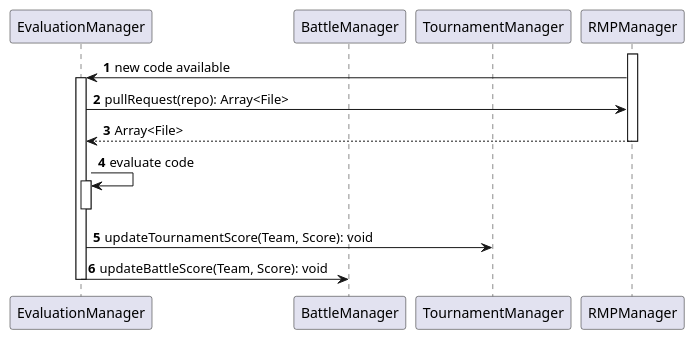
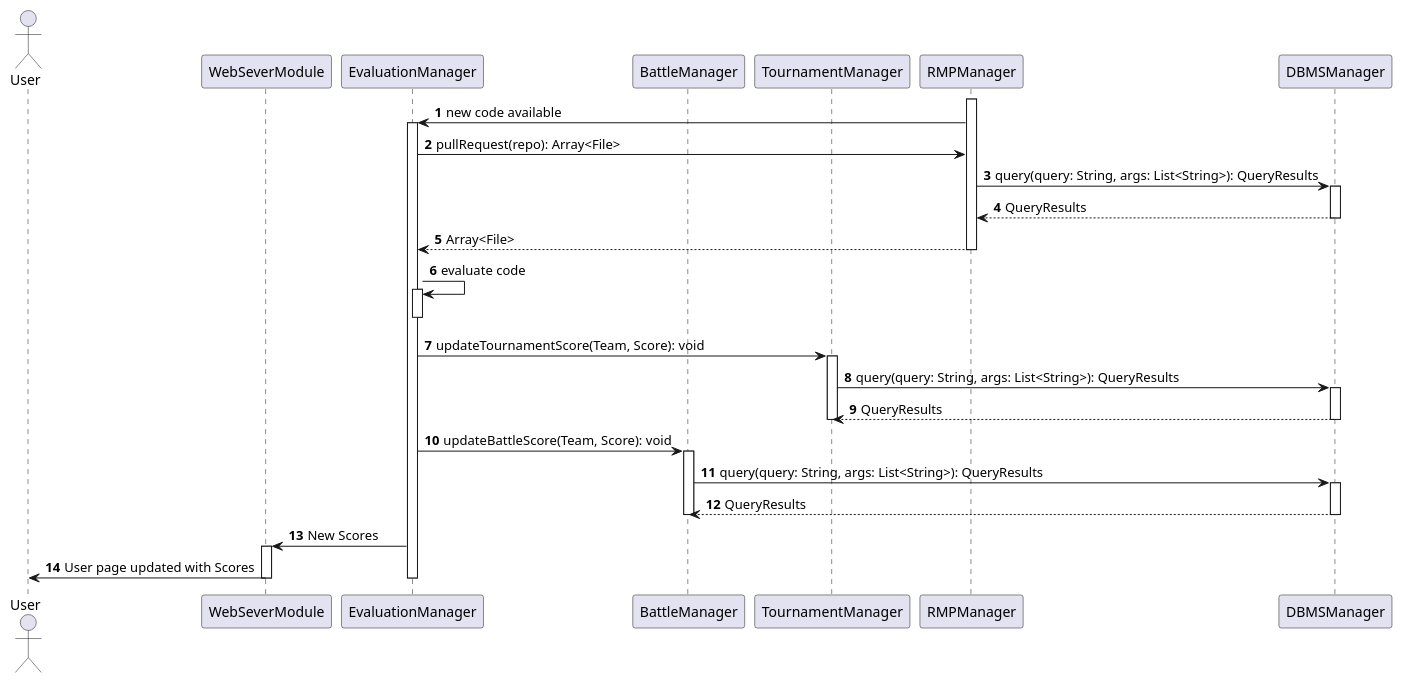
One commit to Angelo7672/SE2_Requirement-and-Design-Document changed the diagram in _DD/Images/sequenceDiagrams/evaluateCode.wsd. Above: the diagram before and after it, drawn with PlantUML. The commit also changed 6 other files, not shown here.

Commit message:
SD entiched and corrected, typos in architecturalDesign and userInterfaceDesign

```diff
--- a/_DD/Images/sequenceDiagrams/evaluateCode.wsd
+++ b/_DD/Images/sequenceDiagrams/evaluateCode.wsd
@@ -1,22 +1,47 @@
 @startuml
 
 autonumber
 
+actor User as U
+participant WebSeverModule as WS
 participant EvaluationManager as EM
 participant BattleManager as BM
 participant TournamentManager as TM
 participant RMPManager as RMP
+participant DBMSManager as DBMS
+
+'query di tournament e battle e RMP, WS mostra i risultati
 
 activate RMP
 RMP -> EM: new code available
 activate EM
 EM -> RMP: pullRequest(repo): Array<File>
+RMP->DBMS: query(query: String, args: List<String>): QueryResults
+activate DBMS
+DBMS-->RMP: QueryResults
+deactivate DBMS
 RMP --> EM: Array<File>
 deactivate RMP
 EM -> EM: evaluate code
 activate EM
 deactivate EM
 EM -> TM: updateTournamentScore(Team, Score): void
+activate TM
+TM->DBMS: query(query: String, args: List<String>): QueryResults
+activate DBMS
+DBMS-->TM: QueryResults
+deactivate DBMS
+deactivate TM
 EM -> BM: updateBattleScore(Team, Score): void
+activate BM
+BM->DBMS: query(query: String, args: List<String>): QueryResults
+activate DBMS
+DBMS-->BM: QueryResults
+deactivate DBMS
+deactivate BM
+EM->WS: New Scores
+activate WS
+WS->U: User page updated with Scores
+deactivate WS
 deactivate EM
 @enduml
```
